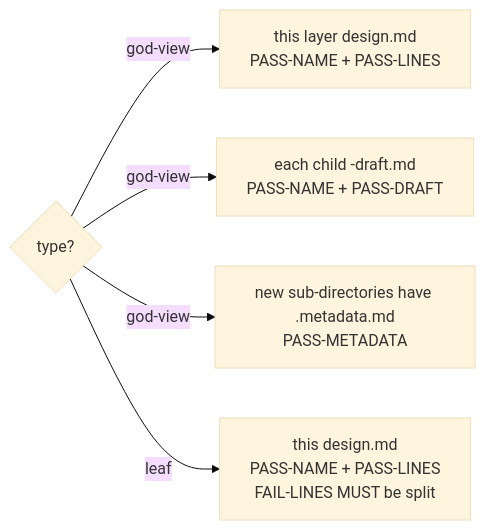
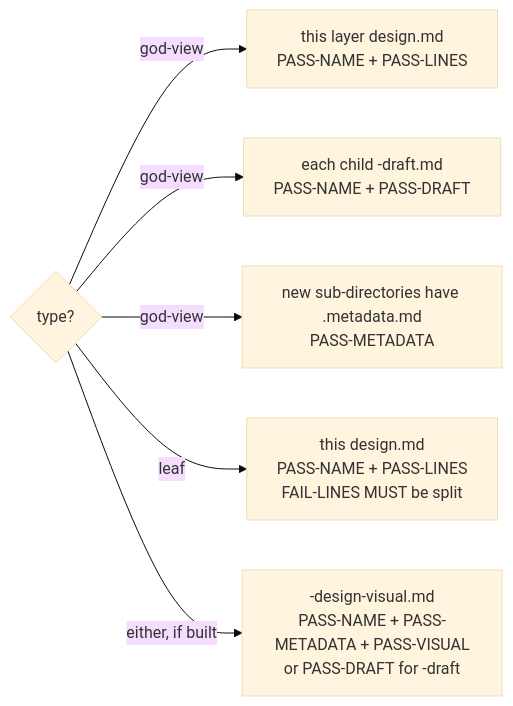
Before and after one commit to Aery9527/aery-marketplace: the sixth of 7 diagrams in skills/task-decomposition/references/design-instruction.md, drawn with Mermaid (base theme). The commit also changed other lines of this file and 10 other files, not shown here.

````diff
--- a/skills/task-decomposition/references/design-instruction.md
+++ b/skills/task-decomposition/references/design-instruction.md
@@ -178,7 +200,8 @@
 ```mermaid
 flowchart LR
     a{type?} -->|god-view| g[this layer design.md<br/>PASS-NAME + PASS-LINES]
     a -->|god-view| g2[each child -draft.md<br/>PASS-NAME + PASS-DRAFT]
     a -->|god-view| g3[new sub-directories have .metadata.md<br/>PASS-METADATA]
     a -->|leaf| l[this design.md<br/>PASS-NAME + PASS-LINES<br/>FAIL-LINES MUST be split]
+    a -->|either, if built| v[-design-visual.md<br/>PASS-NAME + PASS-METADATA + PASS-VISUAL<br/>or PASS-DRAFT for -draft]
 ```
````
